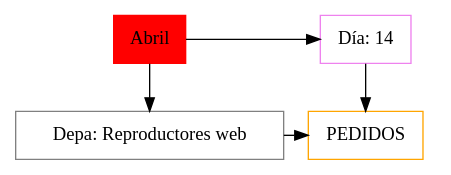
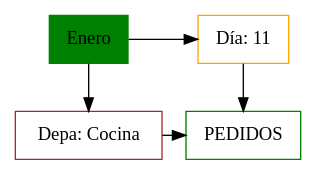
One commit to Daniel-Chicas/EDD_VirtualMall_201807079 changed the diagram in cliente/src/ImagenMatriz/Matriz.dot. Above: the diagram before and after it, drawn with Graphviz. The commit also changed 16 other files, not shown here.

```diff
--- a/cliente/src/ImagenMatriz/Matriz.dot
+++ b/cliente/src/ImagenMatriz/Matriz.dot
@@ -1,15 +1,15 @@
-digraph Daniel20214{
+digraph Daniel19971{
 node[shape=box];
-MT[label="Abril", style = filled, color=red, group = 1];
+MT[label="Enero", style = filled, color=green, group = 1];
 e0[shape = point, width = 0];
 e0[shape = point, width = 0];
-node0xc0003976d0[color=gray, label="Depa: Reproductores web", group = 1];
-MT->node0xc0003976d0;
-node0xc000397720[color=violet, label="Día: 14", group = 2];
-MT->node0xc000397720;
-{rank = same;MT;node0xc000397720;}
-node0xc0003fb9c0[color=orange, label="PEDIDOS", group = 2];
-node0xc000397720->node0xc0003fb9c0;
-node0xc0003976d0->node0xc0003fb9c0;
-{rank = same;node0xc0003976d0;node0xc0003fb9c0;}
+node0xc00025eff0[color=brown, label="Depa: Cocina", group = 1];
+MT->node0xc00025eff0;
+node0xc00025f040[color=orange, label="Día: 11", group = 2];
+MT->node0xc00025f040;
+{rank = same;MT;node0xc00025f040;}
+node0xc0001a6400[color=green, label="PEDIDOS", group = 2];
+node0xc00025f040->node0xc0001a6400;
+node0xc00025eff0->node0xc0001a6400;
+{rank = same;node0xc00025eff0;node0xc0001a6400;}
 }
```
